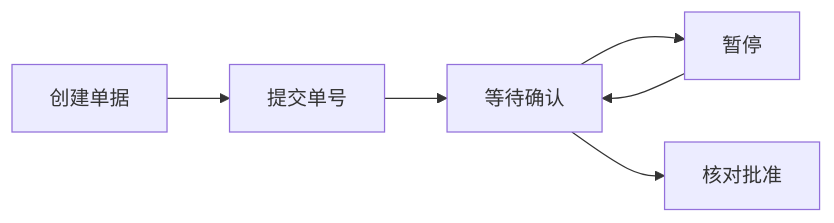
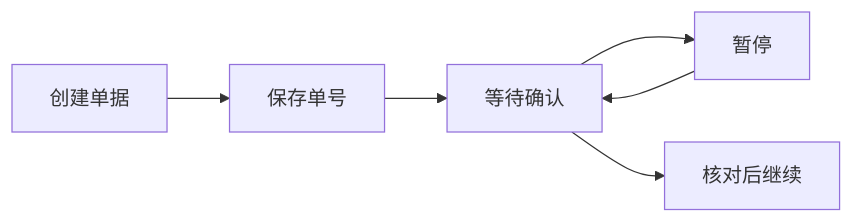
Before and after one commit to Mar-garet/agent-book: the first of 2 diagrams in book/14-resume-and-side-effects.md, drawn with Mermaid. The commit also changed other lines of this file and 27 other files, not shown here.

````diff
--- a/book/14-resume-and-side-effects.md
+++ b/book/14-resume-and-side-effects.md
@@ -37,9 +35,9 @@
 ```mermaid
-%% 把创建结果交付后，再进入可重入等待
+%% 先交回创建结果，再进入等待
 flowchart LR
-    A[创建单据] --> B[提交单号]
+    A[创建单据] --> B[保存单号]
     B --> C[等待确认]
     C --> D[暂停]
     D --> C
-    C --> E[核对批准]
+    C --> E[核对后继续]
 ```
````
